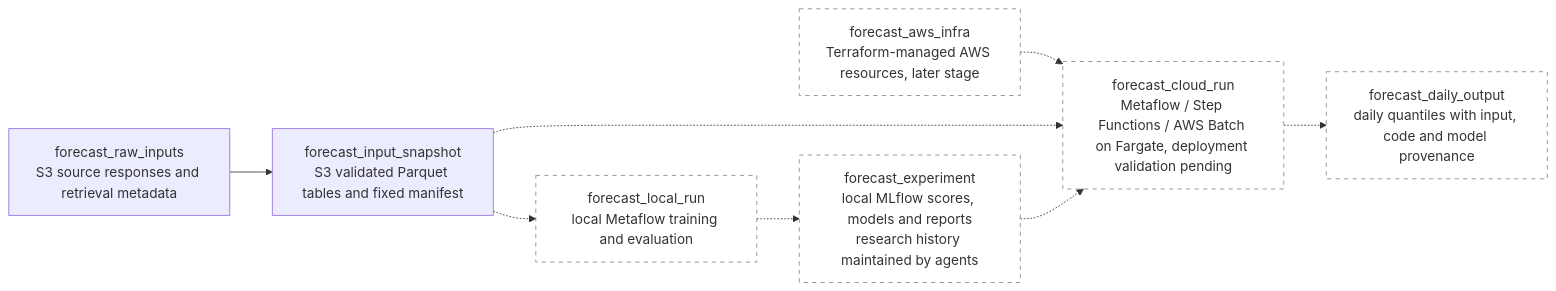
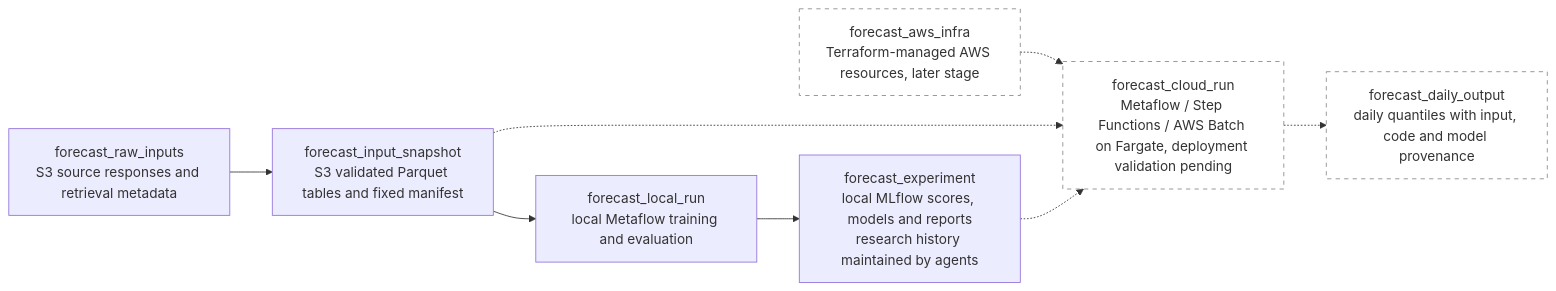
Before and after one commit to zoltanmaric/coppersushi: the diagram in wiki/price-forecasting.md, drawn with Mermaid. The commit also changed other lines of this file and 13 other files, not shown here.

Commit message:
Implement reproducible local quantile forecast evaluation

````diff
--- a/wiki/price-forecasting.md
+++ b/wiki/price-forecasting.md
@@ -17,22 +17,22 @@
 ```mermaid
 flowchart LR
     classDef planned stroke-dasharray: 5 5,stroke:#888,fill:none
 
     forecast_raw_inputs["forecast_raw_inputs<br/>S3 source responses and retrieval metadata"]
     forecast_input_snapshot["forecast_input_snapshot<br/>S3 validated Parquet tables and fixed manifest"]
-    forecast_local_run["forecast_local_run<br/>local Metaflow training and evaluation"]:::planned
-    forecast_experiment["forecast_experiment<br/>local MLflow scores, models and reports<br/>research history maintained by agents"]:::planned
+    forecast_local_run["forecast_local_run<br/>local Metaflow training and evaluation"]
+    forecast_experiment["forecast_experiment<br/>local MLflow scores, models and reports<br/>research history maintained by agents"]
 
     forecast_raw_inputs --> forecast_input_snapshot
-    forecast_input_snapshot -.-> forecast_local_run
-    forecast_local_run -.-> forecast_experiment
+    forecast_input_snapshot --> forecast_local_run
+    forecast_local_run --> forecast_experiment
 
     forecast_aws_infra["forecast_aws_infra<br/>Terraform-managed AWS resources, later stage"]:::planned
     forecast_cloud_run["forecast_cloud_run<br/>Metaflow / Step Functions / AWS Batch on Fargate, deployment validation pending"]:::planned
     forecast_daily_output["forecast_daily_output<br/>daily quantiles with input, code and model provenance"]:::planned
 
     forecast_aws_infra -.-> forecast_cloud_run
     forecast_input_snapshot -.-> forecast_cloud_run
     forecast_experiment -.-> forecast_cloud_run
     forecast_cloud_run -.-> forecast_daily_output
 ```
````
